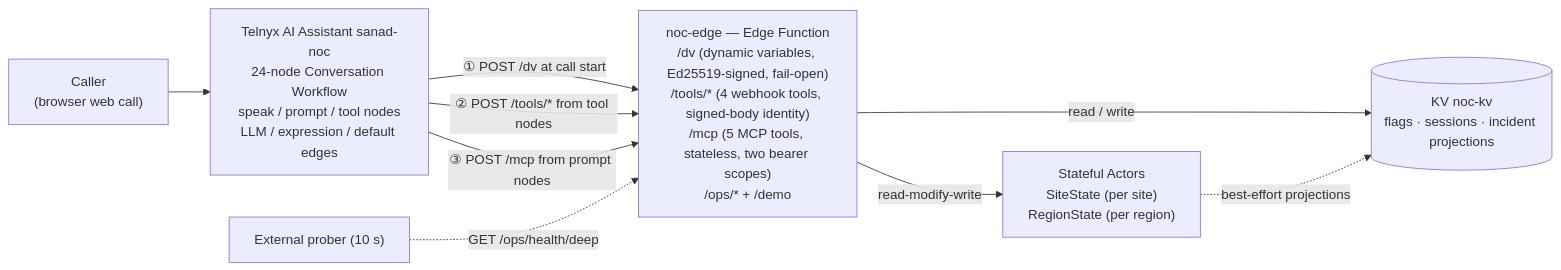
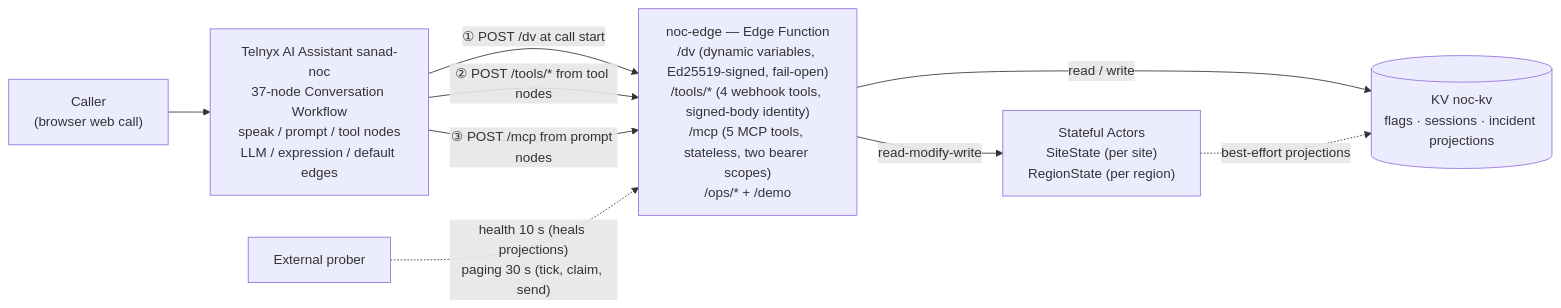
The diagram in README.md (ifahad/noc-front-door), drawn with Mermaid before and after one commit. The commit also changed other lines of this file and 4 other files, not shown here.

````diff
--- a/README.md
+++ b/README.md
@@ -27,17 +31,17 @@
 ```mermaid
 flowchart LR
   caller["Caller<br/>(browser web call)"]
-  wf["Telnyx AI Assistant sanad-noc<br/>24-node Conversation Workflow<br/>speak / prompt / tool nodes<br/>LLM / expression / default edges"]
+  wf["Telnyx AI Assistant sanad-noc<br/>37-node Conversation Workflow<br/>speak / prompt / tool nodes<br/>LLM / expression / default edges"]
   edge["noc-edge — Edge Function<br/>/dv (dynamic variables, Ed25519-signed, fail-open)<br/>/tools/* (4 webhook tools, signed-body identity)<br/>/mcp (5 MCP tools, stateless, two bearer scopes)<br/>/ops/* + /demo"]
   kv[("KV noc-kv<br/>flags · sessions · incident projections")]
   actors["Stateful Actors<br/>SiteState (per site)<br/>RegionState (per region)"]
 
   caller --> wf
   wf -->|"① POST /dv at call start"| edge
   wf -->|"② POST /tools/* from tool nodes"| edge
   wf -->|"③ POST /mcp from prompt nodes"| edge
   edge -->|"read / write"| kv
   edge -->|"read-modify-write"| actors
   actors -.->|"best-effort projections"| kv
-  prober["External prober (10 s)"] -.->|"GET /ops/health/deep"| edge
+  prober["External prober"] -.->|"health 10 s (heals projections)<br/>paging 30 s (tick, claim, send)"| edge
 ```
````
